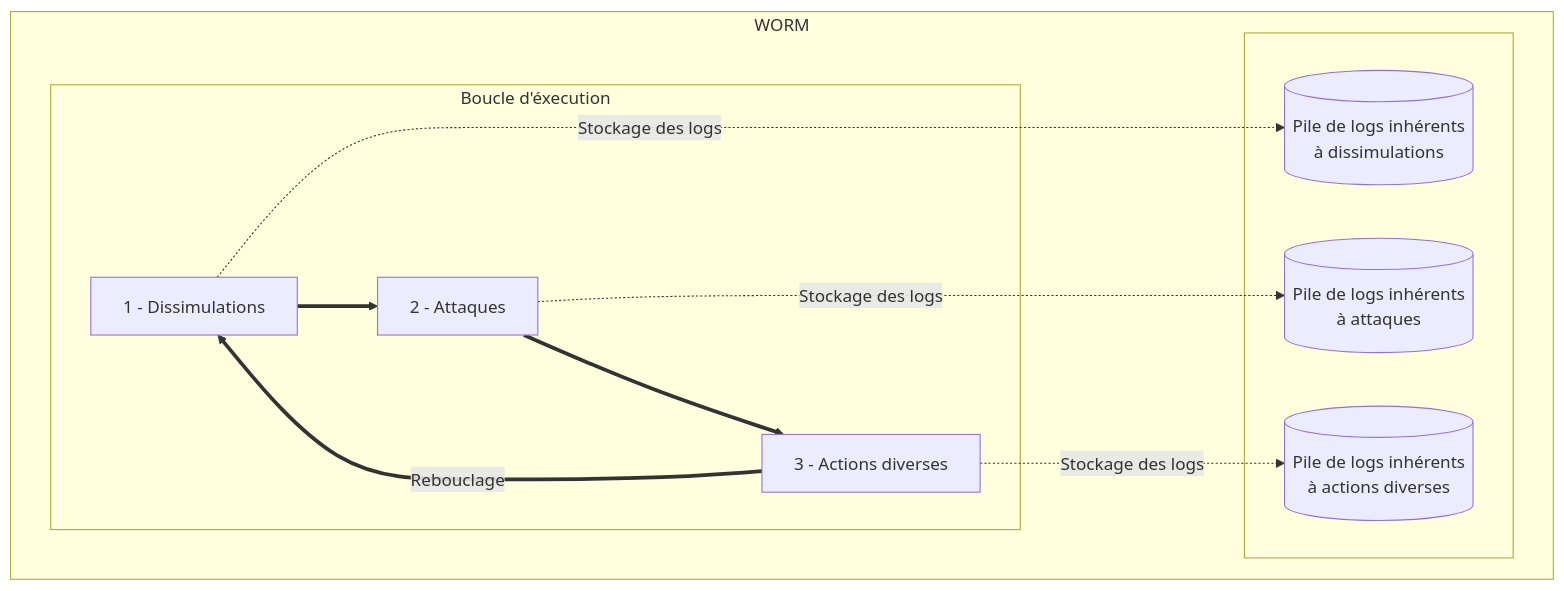
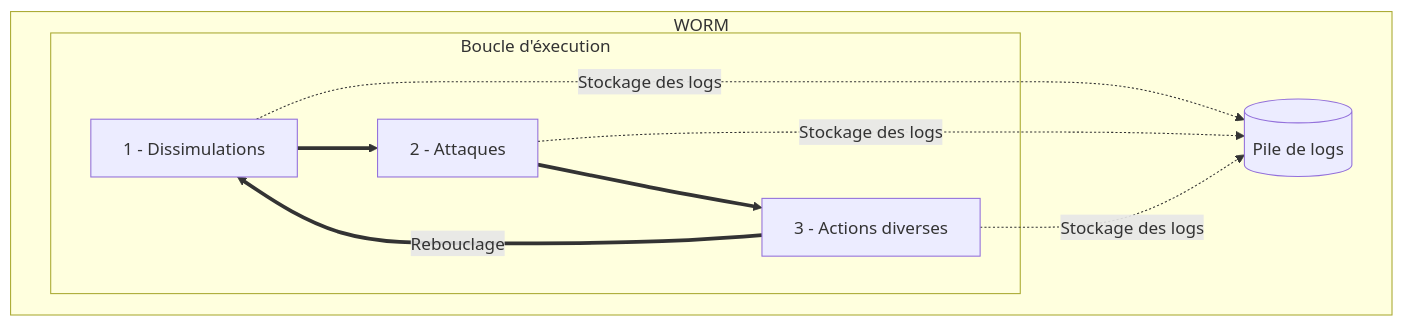
Before and after one commit to Framworm/framworm: the diagram in README.md, drawn with Mermaid. The commit also changed 4 other files, not shown here.

````diff
--- a/README.md
+++ b/README.md
@@ -6,19 +6,16 @@
 ```mermaid
 graph
     subgraph WORM
         subgraph Boucle d'éxecution
             DIS["1 - Dissimulations"]
             ATT["2 - Attaques"]
             ACT["3 - Actions diverses"]
             DIS ==> ATT ==> ACT ==> |"Rebouclage"| DIS
         end
-        subgraph  
-            LOGDIS[(Pile de logs inhérents<br>à dissimulations)]
-            LOGATT[(Pile de logs inhérents<br>à attaques)]
-            LOGACT[(Pile de logs inhérents<br>à actions diverses)]
-        end
-        DIS -.-> |"Stockage des logs"| LOGDIS
-        ATT -.-> |"Stockage des logs"| LOGATT
-        ACT -.-> |"Stockage des logs"| LOGACT
+        LOGS[(Pile de logs)]
+        DIS -.-> |"Stockage des logs"| LOGS
+        ATT -.-> |"Stockage des logs"| LOGS
+        ACT -.-> |"Stockage des logs"| LOGS
     end
+
 ```
````
